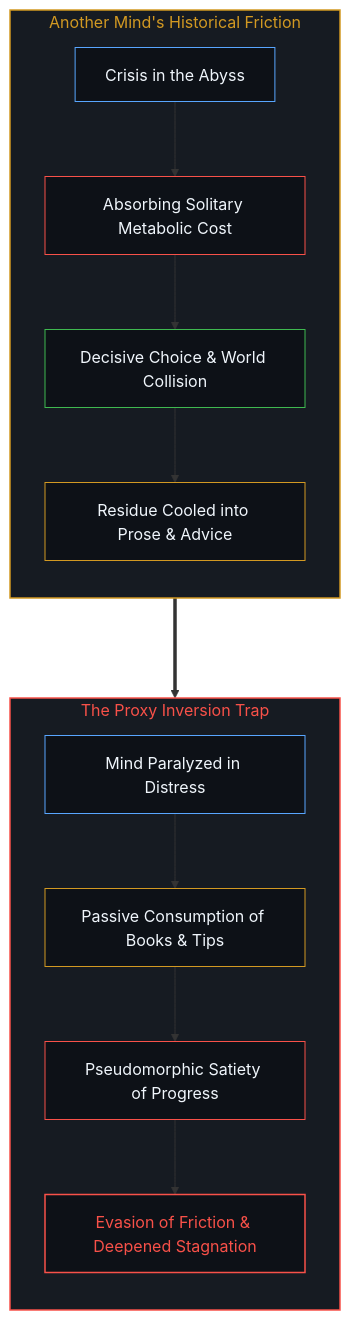
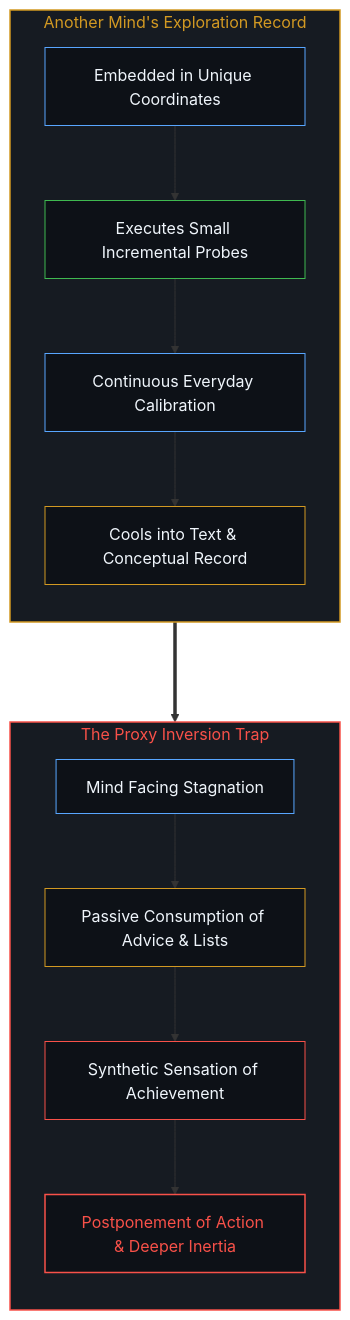
The second of 10 diagrams in content/posts/choice-itself-has-no-inherent-weight.md (powerpig99/not-a-toe), drawn with Mermaid before and after one commit. The commit also changed other lines of this file and 4 other files, not shown here.

Commit message:
Purge hardness framing: choice has zero cost when gradual; only perceivable improvement

````diff
--- a/content/posts/choice-itself-has-no-inherent-weight.md
+++ b/content/posts/choice-itself-has-no-inherent-weight.md
@@ -49,29 +49,29 @@
 ```mermaid
 graph TD
-    subgraph S_Other_EN ["Another Mind's Historical Friction"]
+    subgraph S_Other_EN ["Another Mind's Exploration Record"]
         direction TB
-        OE_Crisis["Crisis in the Abyss"] --> OE_Cost["Absorbing Solitary Metabolic Cost"]
-        OE_Cost --> OE_Choice["Decisive Choice & World Collision"]
-        OE_Choice --> OE_Trace["Residue Cooled into Prose & Advice"]
+        OE_Context["Embedded in Unique Coordinates"] --> OE_Explore["Executes Small Incremental Probes"]
+        OE_Explore --> OE_Adjust["Continuous Everyday Calibration"]
+        OE_Adjust --> OE_Trace["Cools into Text & Conceptual Record"]
     end
 
     subgraph S_Inversion_EN ["The Proxy Inversion Trap"]
         direction TB
-        IE_Seek["Mind Paralyzed in Distress"] --> IE_Consume["Passive Consumption of Books & Tips"]
-        IE_Consume --> IE_Illusion["Pseudomorphic Satiety of Progress"]
-        IE_Illusion --> IE_Paralysis["Evasion of Friction & Deepened Stagnation"]
+        IE_Seek["Mind Facing Stagnation"] --> IE_Consume["Passive Consumption of Advice & Lists"]
+        IE_Consume --> IE_Illusion["Synthetic Sensation of Achievement"]
+        IE_Illusion --> IE_Paralysis["Postponement of Action & Deeper Inertia"]
     end
 
     OE_Trace ===> IE_Seek
 
     style S_Other_EN fill:#161b22,stroke:#d29922,stroke-width:1.5px,color:#d29922
     style S_Inversion_EN fill:#161b22,stroke:#f85149,stroke-width:1.5px,color:#f85149
-    style OE_Crisis fill:#0d1117,stroke:#58a6ff,stroke-width:1px,color:#f0f6fc
-    style OE_Cost fill:#0d1117,stroke:#f85149,stroke-width:1px,color:#f0f6fc
-    style OE_Choice fill:#0d1117,stroke:#3fb950,stroke-width:1px,color:#f0f6fc
+    style OE_Context fill:#0d1117,stroke:#58a6ff,stroke-width:1px,color:#f0f6fc
+    style OE_Explore fill:#0d1117,stroke:#3fb950,stroke-width:1px,color:#f0f6fc
+    style OE_Adjust fill:#0d1117,stroke:#58a6ff,stroke-width:1px,color:#f0f6fc
     style OE_Trace fill:#0d1117,stroke:#d29922,stroke-width:1px,color:#f0f6fc
     style IE_Seek fill:#0d1117,stroke:#58a6ff,stroke-width:1px,color:#f0f6fc
     style IE_Consume fill:#0d1117,stroke:#d29922,stroke-width:1px,color:#f0f6fc
     style IE_Illusion fill:#0d1117,stroke:#f85149,stroke-width:1px,color:#f0f6fc
     style IE_Paralysis fill:#0d1117,stroke:#f85149,stroke-width:1.5px,color:#f85149
 ```
````
